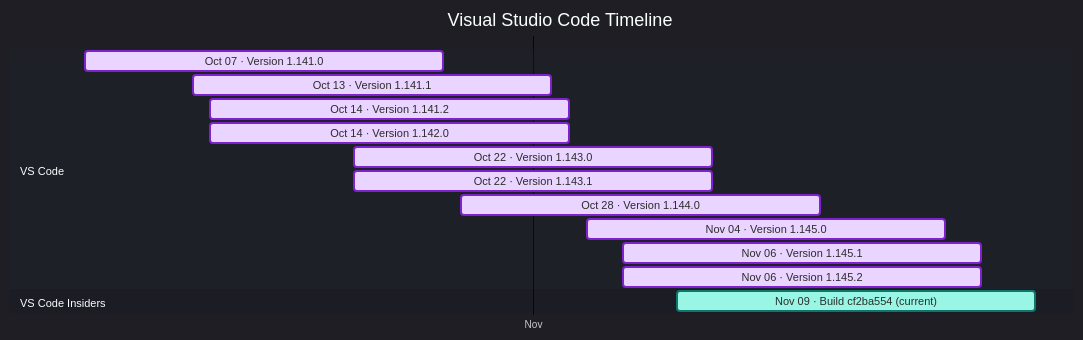
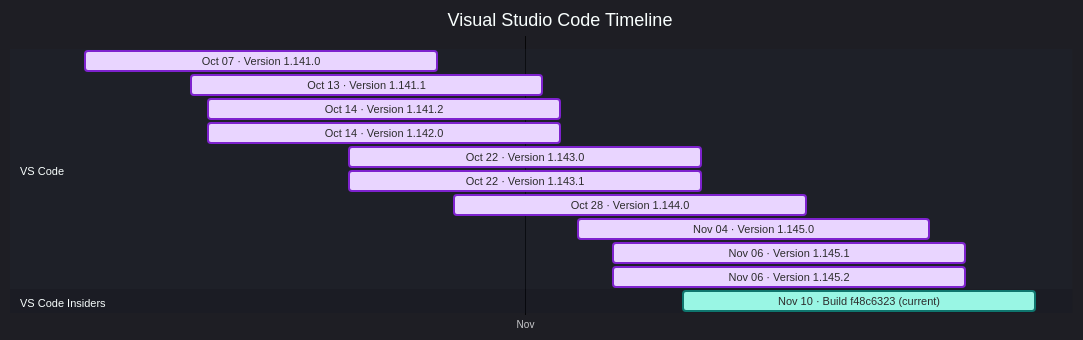
Before and after one commit to Oxelya-DevTools/VisualStudioUpdate: the diagram in docs/vscode.md, drawn with Mermaid. The commit also changed other lines of this file and 1 other file, not shown here.

````diff
--- a/docs/vscode.md
+++ b/docs/vscode.md
@@ -9,21 +9,21 @@
 ```mermaid
 %%{init: {'theme':'dark','themeVariables': { 'fontFamily': 'Segoe UI', 'fontSize': '24px', 'textColor': '#F3F4F6', 'titleTextColor': '#FFFFFF', 'taskTextColor': '#111827', 'taskTextLightColor': '#111827', 'taskTextOutsideColor': '#F3F4F6', 'taskBkgColor': '#BAE6FD', 'taskBorderColor': '#0369A1', 'doneTaskBkgColor': '#E9D5FF', 'doneTaskBorderColor': '#7E22CE', 'activeTaskBkgColor': '#99F6E4', 'activeTaskBorderColor': '#0F766E', 'critTaskBkgColor': '#FED7AA', 'critTaskBorderColor': '#C2410C', 'sectionBkgColor': '#1F2937', 'altSectionBkgColor': '#111827', 'gridColor': '#4B5563', 'todayLineColor': '#F87171' }}}%%
 gantt
     title Visual Studio Code Timeline
     dateFormat  YYYY-MM-DD
     axisFormat  %b
     tickInterval 1month
     section VS Code
     Oct 07 · Version 1.141.0 : done, vscode202610070, 2026-10-07, 20d
     Oct 13 · Version 1.141.1 : done, vscode202610131, 2026-10-13, 20d
     Oct 14 · Version 1.141.2 : done, vscode202610142, 2026-10-14, 20d
     Oct 14 · Version 1.142.0 : done, vscode202610143, 2026-10-14, 20d
     Oct 22 · Version 1.143.0 : done, vscode202610224, 2026-10-22, 20d
     Oct 22 · Version 1.143.1 : done, vscode202610225, 2026-10-22, 20d
     Oct 28 · Version 1.144.0 : done, vscode202610286, 2026-10-28, 20d
     Nov 04 · Version 1.145.0 : done, vscode202611047, 2026-11-04, 20d
     Nov 06 · Version 1.145.1 : done, vscode202611068, 2026-11-06, 20d
     Nov 06 · Version 1.145.2 : done, vscode202611069, 2026-11-06, 20d
     section VS Code Insiders
-    Nov 09 · Build cf2ba554 (current) : active, vscodeinsiders202611090, 2026-11-09, 20d
+    Nov 10 · Build f48c6323 (current) : active, vscodeinsiders202611100, 2026-11-10, 20d
 ```
````
